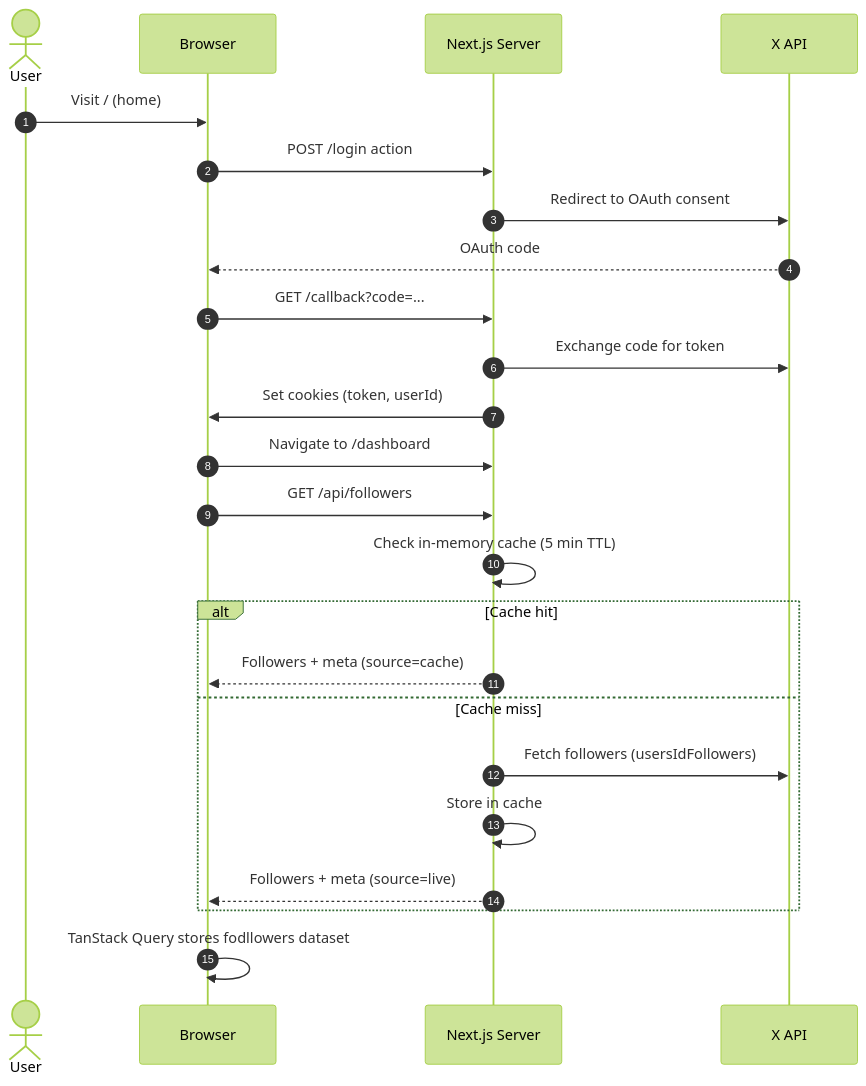
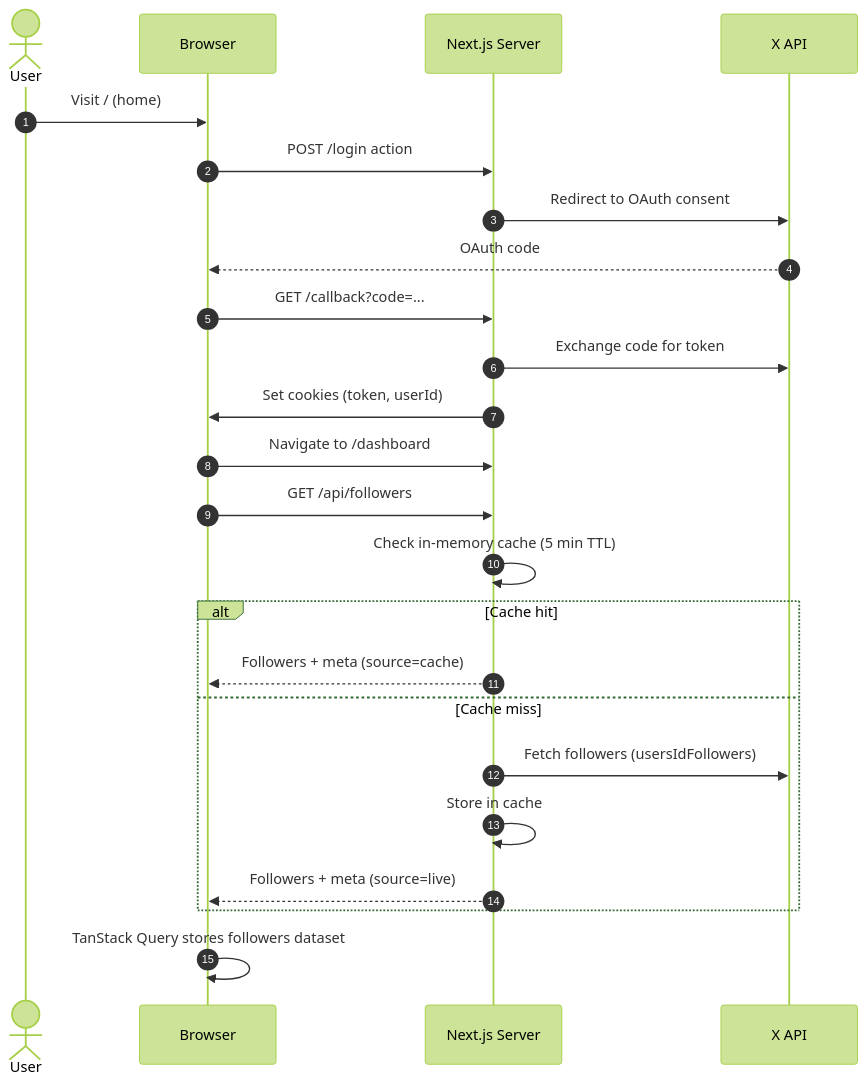
One commit to SatyamVyas04/FlowX changed the first of 2 diagrams in README.md. Above: the diagram before and after it, drawn with Mermaid (forest theme). The commit also changed other lines of this file, not shown here.

Commit message:
feat: update README to enhance project description, highlights, and tech stack details

````diff
--- a/README.md
+++ b/README.md
@@ -26,27 +37,27 @@
 ```mermaid
 sequenceDiagram
-	autonumber
-	actor User
-	participant Browser
-	participant NextServer as Next.js Server
-	participant Twitter as X API
+    autonumber
+    actor User
+    participant Browser
+    participant NextServer as Next.js Server
+    participant Twitter as X API
 
-	User->>Browser: Visit / (home)
-	Browser->>NextServer: POST /login action
-	NextServer->>Twitter: Redirect to OAuth consent
-	Twitter-->>Browser: OAuth code
-	Browser->>NextServer: GET /callback?code=...
-	NextServer->>Twitter: Exchange code for token
-	NextServer->>Browser: Set cookies (token, userId)
-	Browser->>NextServer: Navigate to /dashboard
-	Browser->>NextServer: GET /api/followers
-	NextServer->>NextServer: Check in-memory cache (5 min TTL)
-	alt Cache hit
-		NextServer-->>Browser: Followers + meta (source=cache)
-	else Cache miss
-		NextServer->>Twitter: Fetch followers (usersIdFollowers)
-		NextServer->>NextServer: Store in cache
-		NextServer-->>Browser: Followers + meta (source=live)
-	end
-	Browser->>Browser: TanStack Query stores fodllowers dataset
+    User->>Browser: Visit / (home)
+    Browser->>NextServer: POST /login action
+    NextServer->>Twitter: Redirect to OAuth consent
+    Twitter-->>Browser: OAuth code
+    Browser->>NextServer: GET /callback?code=...
+    NextServer->>Twitter: Exchange code for token
+    NextServer->>Browser: Set cookies (token, userId)
+    Browser->>NextServer: Navigate to /dashboard
+    Browser->>NextServer: GET /api/followers
+    NextServer->>NextServer: Check in-memory cache (5 min TTL)
+    alt Cache hit
+        NextServer-->>Browser: Followers + meta (source=cache)
+    else Cache miss
+        NextServer->>Twitter: Fetch followers (usersIdFollowers)
+        NextServer->>NextServer: Store in cache
+        NextServer-->>Browser: Followers + meta (source=live)
+    end
+    Browser->>Browser: TanStack Query stores followers dataset
 ```
````
